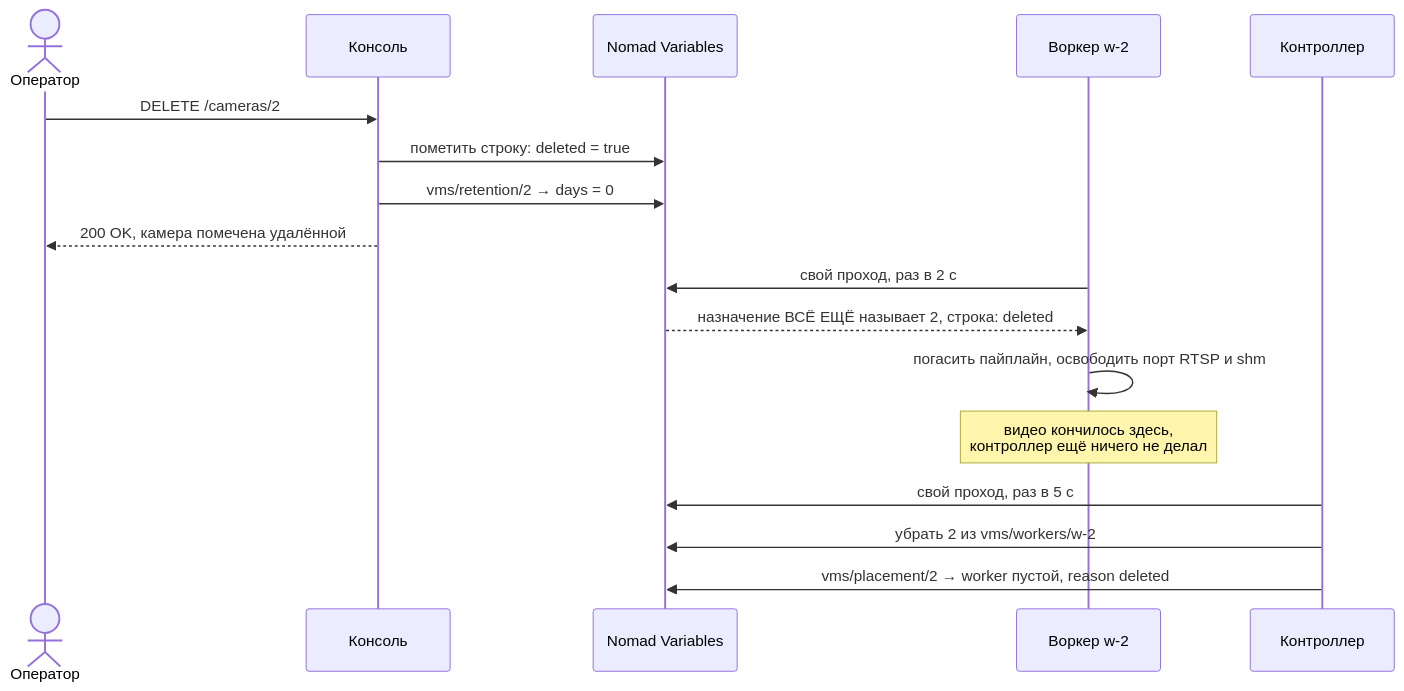
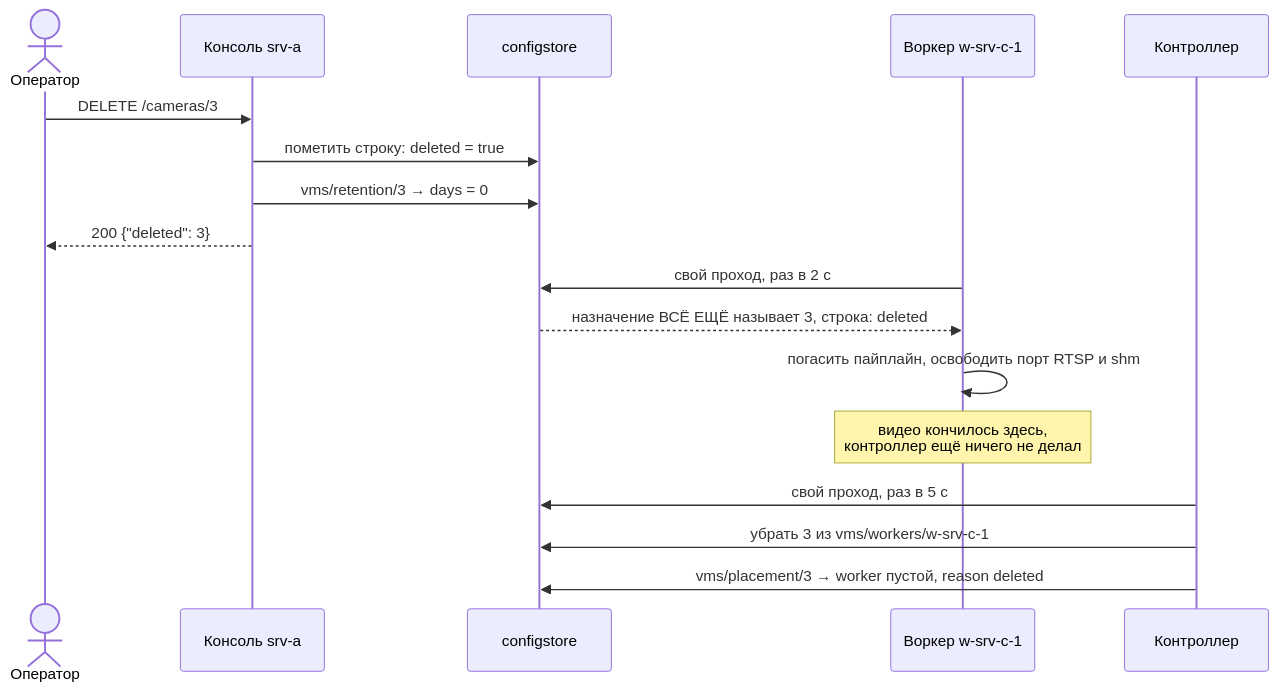
The diagram in _notes-ru/three-cameras/07-edit-and-delete.md (altumur/server-vms-course), drawn with Mermaid before and after one commit. The commit also changed other lines of this file, not shown here.

Commit message:
three-cameras: 07-edit-and-delete пересобран под М11 без оркестратора (сессия «Вопросы»)

````diff
--- a/_notes-ru/three-cameras/07-edit-and-delete.md
+++ b/_notes-ru/three-cameras/07-edit-and-delete.md
@@ -100,22 +127,22 @@
 ```mermaid
 sequenceDiagram
     actor OP as Оператор
-    participant CON as Консоль
-    participant NV as Nomad Variables
-    participant WRK as Воркер w-2
+    participant CON as Консоль srv-a
+    participant CS as configstore
+    participant WRK as Воркер w-srv-c-1
     participant CTL as Контроллер
 
-    OP->>CON: DELETE /cameras/2
-    CON->>NV: пометить строку: deleted = true
-    CON->>NV: vms/retention/2 → days = 0
-    CON-->>OP: 200 OK, камера помечена удалённой
+    OP->>CON: DELETE /cameras/3
+    CON->>CS: пометить строку: deleted = true
+    CON->>CS: vms/retention/3 → days = 0
+    CON-->>OP: 200 {"deleted": 3}
 
-    WRK->>NV: свой проход, раз в 2 с
-    NV-->>WRK: назначение ВСЁ ЕЩЁ называет 2, строка: deleted
+    WRK->>CS: свой проход, раз в 2 с
+    CS-->>WRK: назначение ВСЁ ЕЩЁ называет 3, строка: deleted
     WRK->>WRK: погасить пайплайн, освободить порт RTSP и shm
     Note over WRK: видео кончилось здесь,<br/>контроллер ещё ничего не делал
 
-    CTL->>NV: свой проход, раз в 5 с
-    CTL->>NV: убрать 2 из vms/workers/w-2
-    CTL->>NV: vms/placement/2 → worker пустой, reason deleted
+    CTL->>CS: свой проход, раз в 5 с
+    CTL->>CS: убрать 3 из vms/workers/w-srv-c-1
+    CTL->>CS: vms/placement/3 → worker пустой, reason deleted
 ```
````
